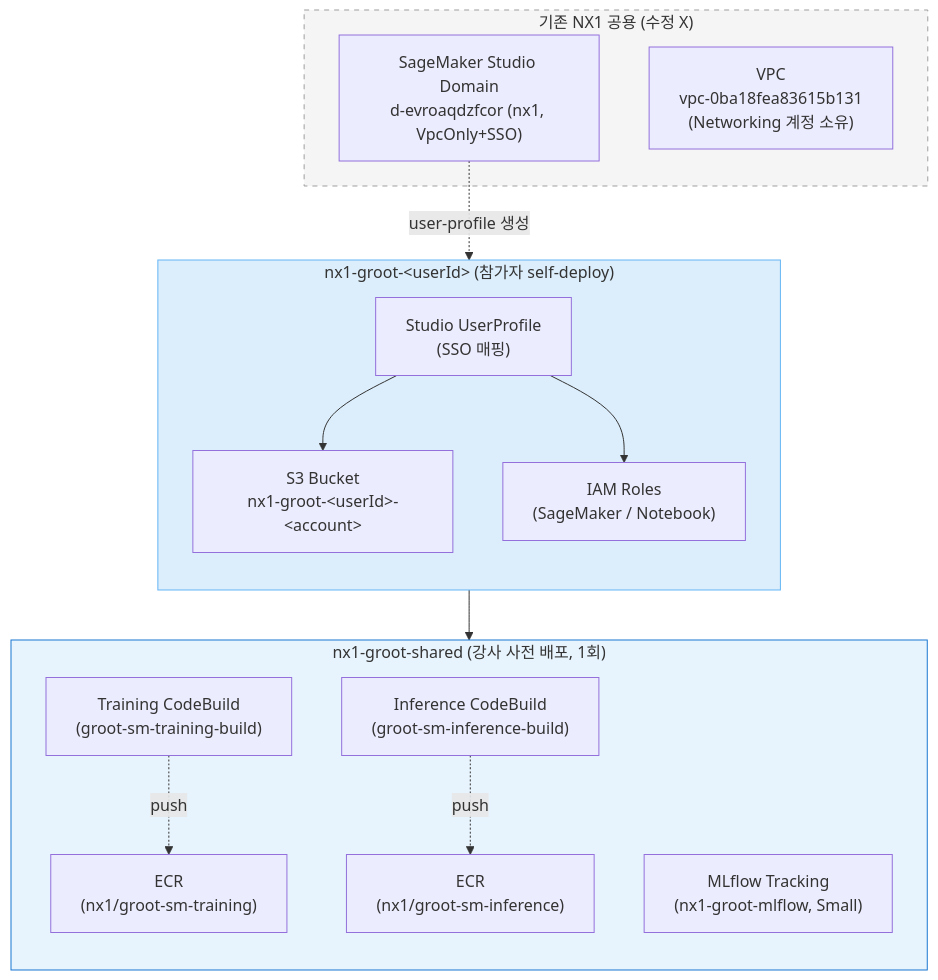
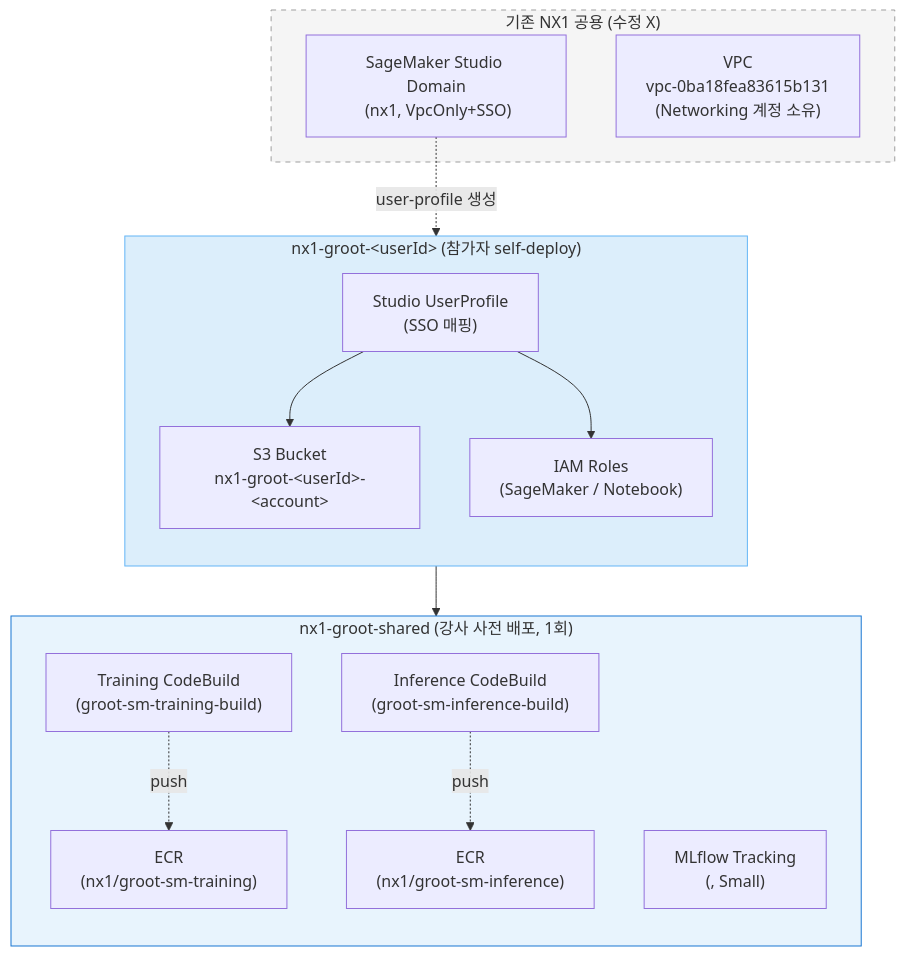
Before and after one commit to seokjushin/physical-ai-aws-docs: the second of 2 diagrams in guide/e2e-workshop/5.-train-infra-setup.md, drawn with Mermaid. The commit also changed other lines of this file and 4 other files, not shown here.

````diff
--- a/guide/e2e-workshop/5.-train-infra-setup.md
+++ b/guide/e2e-workshop/5.-train-infra-setup.md
@@ -124,34 +124,34 @@
 ```mermaid
 flowchart TB
     subgraph SharedStack["nx1-groot-shared (강사 사전 배포, 1회)"]
         direction TB
         SmTrainECR["ECR\n(nx1/groot-sm-training)"]
         SmInfECR["ECR\n(nx1/groot-sm-inference)"]
         SmTrainCB["Training CodeBuild\n(groot-sm-training-build)"]
         SmInfCB["Inference CodeBuild\n(groot-sm-inference-build)"]
-        MLflow["MLflow Tracking\n(nx1-groot-mlflow, Small)"]
+        MLflow["MLflow Tracking\n(<MLFLOW_TRACKING_SERVER>, Small)"]
     end
 
     subgraph SmUserStack["nx1-groot-&lt;userId&gt; (참가자 self-deploy)"]
         direction TB
         S3["S3 Bucket\nnx1-groot-&lt;userId&gt;-&lt;account&gt;"]
         Roles["IAM Roles\n(SageMaker / Notebook)"]
         UP["Studio UserProfile\n(SSO 매핑)"]
     end
 
     subgraph Existing["기존 NX1 공용 (수정 X)"]
-        Studio["SageMaker Studio Domain\nd-evroaqdzfcor (nx1, VpcOnly+SSO)"]
+        Studio["SageMaker Studio Domain\n<STUDIO_DOMAIN_ID> (nx1, VpcOnly+SSO)"]
         VPC["VPC\nvpc-0ba18fea83615b131\n(Networking 계정 소유)"]
     end
 
     SmTrainCB -.->|"push"| SmTrainECR
     SmInfCB -.->|"push"| SmInfECR
     Studio -.->|"user-profile 생성"| UP
     UP --> Roles
     UP --> S3
     UP --> MLflow
 
     style SharedStack fill:#e8f4fd,stroke:#1976d2
     style SmUserStack fill:#dceefb,stroke:#64b5f6
     style Existing fill:#f5f5f5,stroke:#9e9e9e,stroke-dasharray: 5 5
 ```
````
